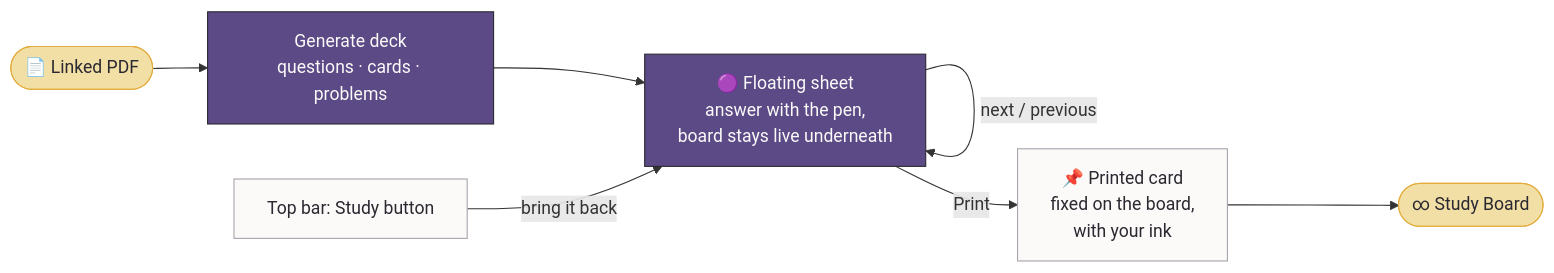
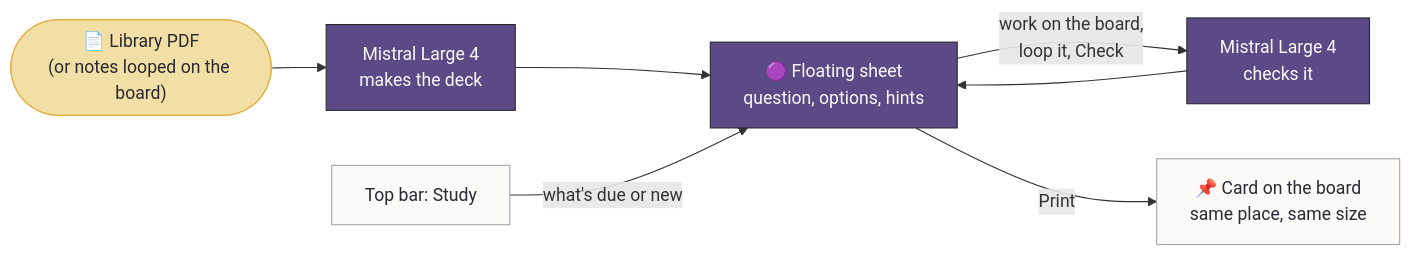
One commit to mariajunqueiramirandas-cpu/Noti changed the diagram in docs/STUDY_BOARD.md. Above: the diagram before and after it, drawn with Mermaid. The commit also changed other lines of this file and 6 other files, not shown here.

First line of the commit message:
Export Study boards with their cards, and document how they work

````diff
--- a/docs/STUDY_BOARD.md
+++ b/docs/STUDY_BOARD.md
@@ -26,16 +12,16 @@
 ```mermaid
 flowchart LR
-    pdf(["📄 Linked PDF"]) --> gen["Generate deck<br/>questions · cards · problems"]
-    gen --> sheet["🟣 Floating sheet<br/>answer with the pen,<br/>board stays live underneath"]
-    sheet -->|next / previous| sheet
-    sheet -->|Print| card["📌 Printed card<br/>fixed on the board,<br/>with your ink"]
-    card --> board(["∞ Study Board"])
-    top["Top bar: Study button"] -->|bring it back| sheet
+    pdf(["📄 Library PDF<br/>(or notes looped on the board)"]) --> gen["Mistral Large 4<br/>makes the deck"]
+    gen --> sheet["🟣 Floating sheet<br/>question, options, hints"]
+    sheet -->|work on the board,<br/>loop it, Check| check["Mistral Large 4<br/>checks it"]
+    check --> sheet
+    sheet -->|Print| card["📌 Card on the board<br/>same place, same size"]
+    top["Top bar: Study"] -->|what's due or new| sheet
 
     classDef plum fill:#5C4A87,stroke:#2A2830,color:#FBFAF8
     classDef sheetc fill:#FBFAF8,stroke:#A8A3AD,color:#2A2830
     classDef honey fill:#F1DFA6,stroke:#E3AE3F,color:#2A2830
-    class gen,sheet plum
-    class pdf,board honey
+    class gen,check,sheet plum
+    class pdf honey
     class card,top sheetc
 ```
````
